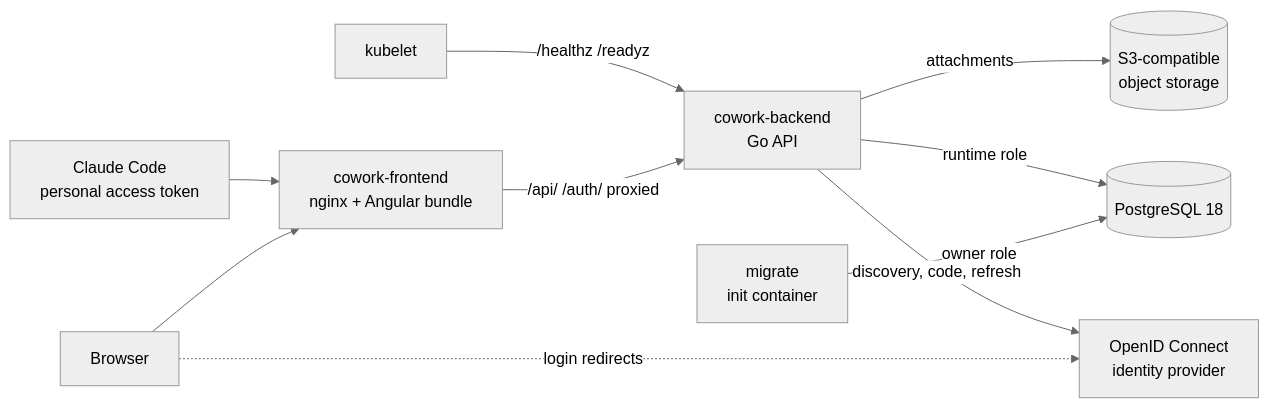
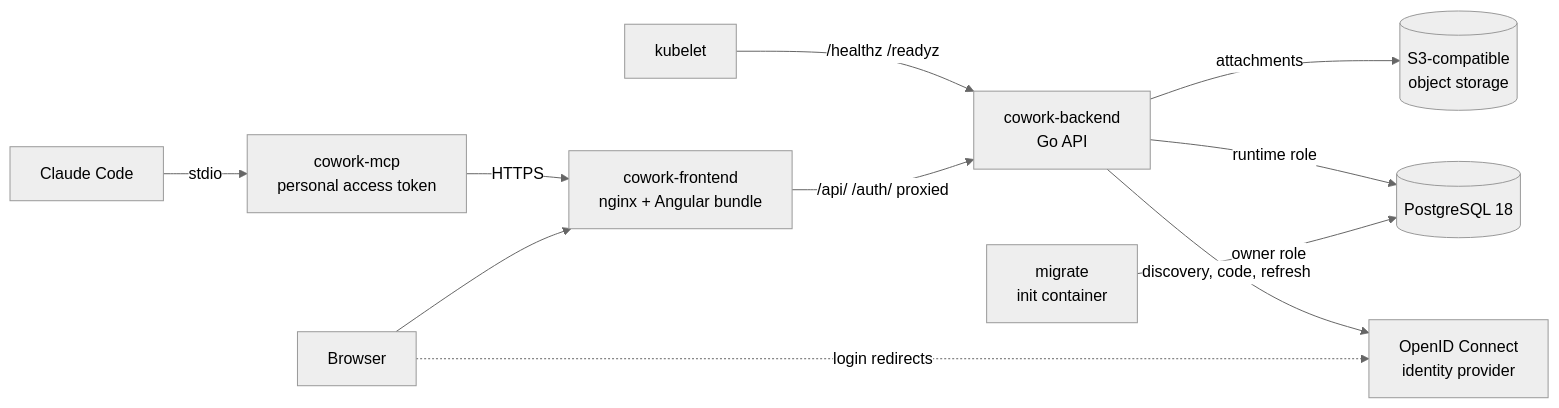
One commit to guided-traffic/cowork changed the diagram in README.md. Above: the diagram before and after it, drawn with Mermaid (neutral theme). The commit also changed other lines of this file and 32 other files, not shown here.

First line of the commit message:
docs: document cowork-mcp, the repository binding and the ticket context

````diff
--- a/README.md
+++ b/README.md
@@ -24,12 +27,13 @@
 ```mermaid
 flowchart LR
   B[Browser] --> F
   B -.->|login redirects| I[OpenID Connect<br/>identity provider]
-  C[Claude Code<br/>personal access token] --> F
+  C[Claude Code] -->|stdio| X[cowork-mcp<br/>personal access token]
+  X -->|HTTPS| F
   F[cowork-frontend<br/>nginx + Angular bundle] -->|/api/ /auth/ proxied| S
   K[kubelet] -->|/healthz /readyz| S
   M[migrate<br/>init container] -->|owner role| P
   S[cowork-backend<br/>Go API] -->|runtime role| P[(PostgreSQL 18)]
   S -->|attachments| O[(S3-compatible<br/>object storage)]
   S -->|discovery, code, refresh| I
 ```
````
